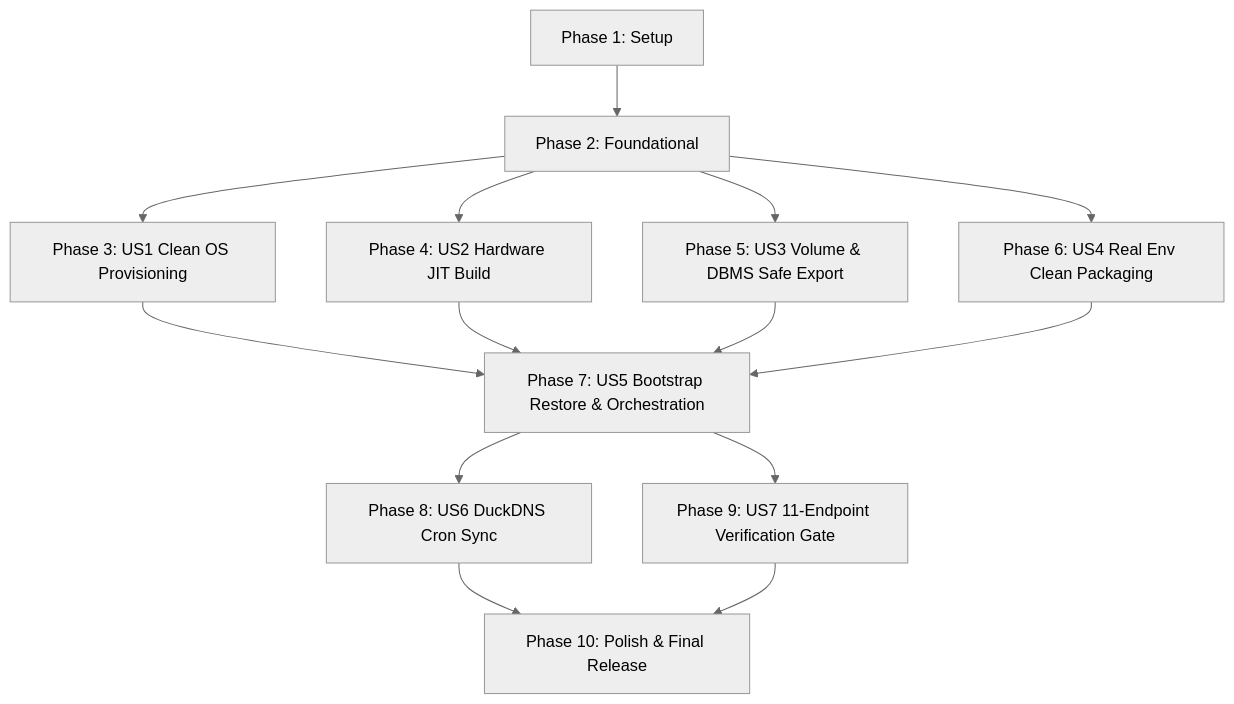
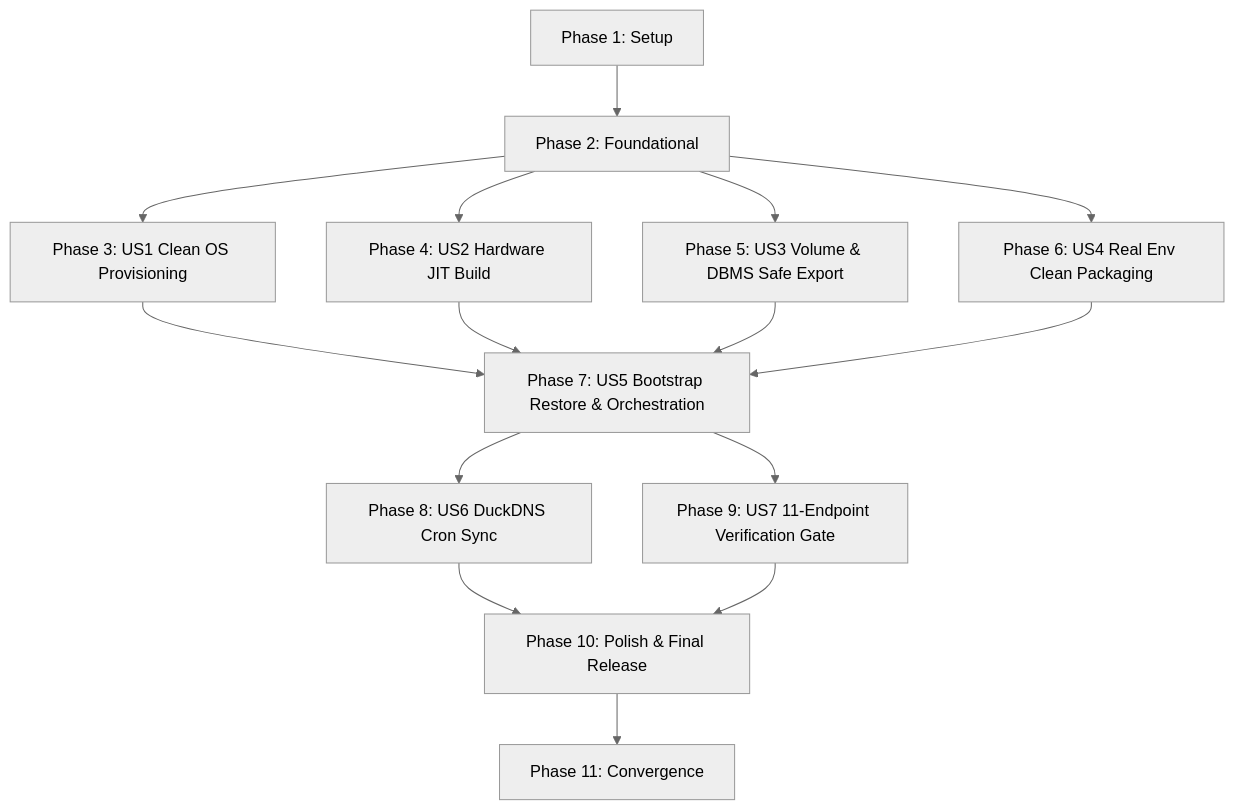
Before and after one commit to Ezenitac-AiService/AISERVICE: the diagram in specs/043-docker-volume-ubuntu-migration-pack/tasks.md, drawn with Mermaid (neutral theme). The commit also changed other lines of this file and 30 other files, not shown here.

````diff
--- a/specs/043-docker-volume-ubuntu-migration-pack/tasks.md
+++ b/specs/043-docker-volume-ubuntu-migration-pack/tasks.md
@@ -169,19 +169,20 @@
 ```mermaid
 graph TD
     P1[Phase 1: Setup] --> P2[Phase 2: Foundational]
     P2 --> US1[Phase 3: US1 Clean OS Provisioning]
     P2 --> US2[Phase 4: US2 Hardware JIT Build]
     P2 --> US3[Phase 5: US3 Volume & DBMS Safe Export]
     P2 --> US4[Phase 6: US4 Real Env Clean Packaging]
     
     US1 --> US5[Phase 7: US5 Bootstrap Restore & Orchestration]
     US2 --> US5
     US3 --> US5
     US4 --> US5
     
     US5 --> US6[Phase 8: US6 DuckDNS Cron Sync]
     US5 --> US7[Phase 9: US7 11-Endpoint Verification Gate]
     
     US6 --> Polish[Phase 10: Polish & Final Release]
     US7 --> Polish
+    Polish --> Convergence[Phase 11: Convergence]
 ```
````
